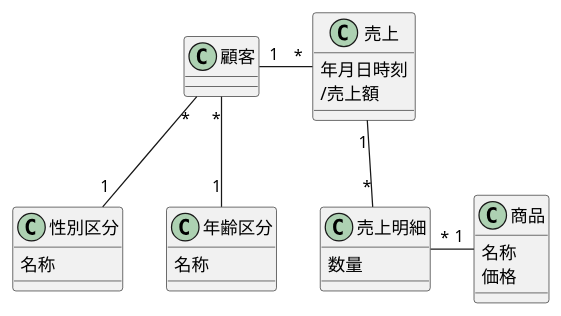
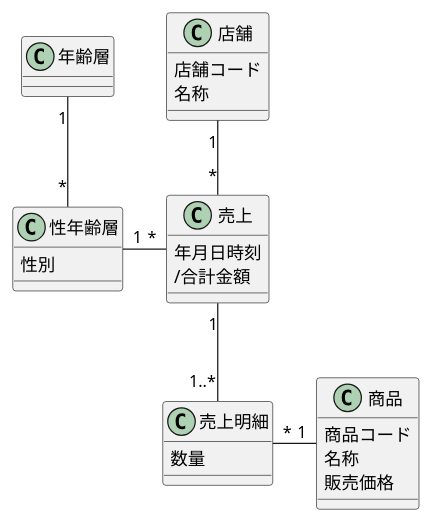
One commit to yinm/uml-modeling-lesson changed the diagram in ch06/excercise/6-4.puml. Above: the diagram before and after it, drawn with PlantUML. The commit also changed 3 other files, not shown here.

```diff
--- a/ch06/excercise/6-4.puml
+++ b/ch06/excercise/6-4.puml
@@ -1,33 +1,35 @@
 @startuml
 
-class 顧客
+class 年齢層
 
-class 性別区分 {
-  名称
+class 性年齢層 {
+  性別
 }
 
-class 年齢区分 {
+class 店舗 {
+  店舗コード
   名称
 }
 
 class 売上 {
   年月日時刻
-  /売上額
+  /合計金額
 }
 
 class 売上明細 {
   数量
 }
 
 class 商品 {
+  商品コード
   名称
-  価格
+  販売価格
 }
 
-顧客 "*"--"1" 性別区分
-顧客 "*"--"1" 年齢区分
-顧客 "1"-r-"*" 売上
-売上 "1"--"*" 売上明細
+年齢層 "1"--"*" 性年齢層
+性年齢層 "1"-r-"*" 売上
+店舗 "1"--"*" 売上
+売上 "1"--"1..*" 売上明細
 売上明細 "*"-r-"1" 商品
 
 @enduml
```
